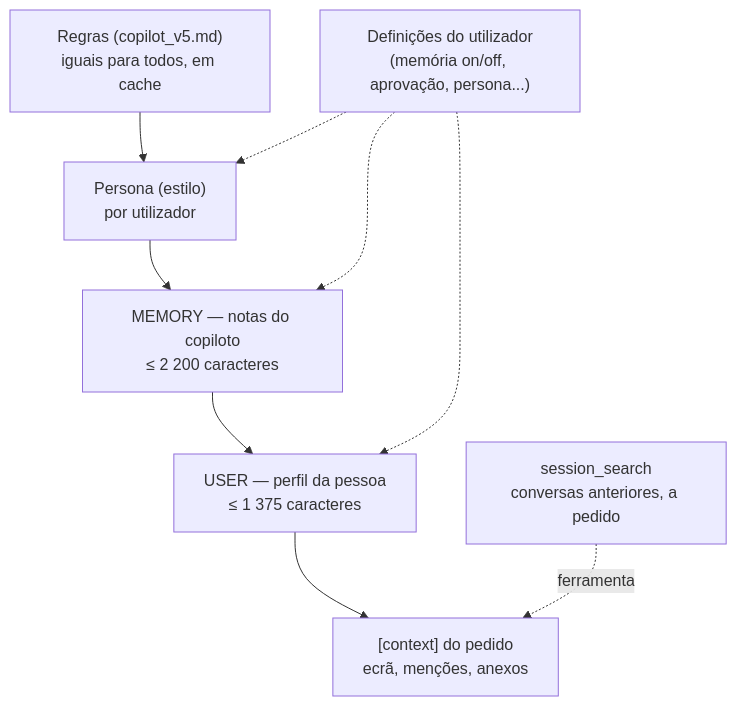
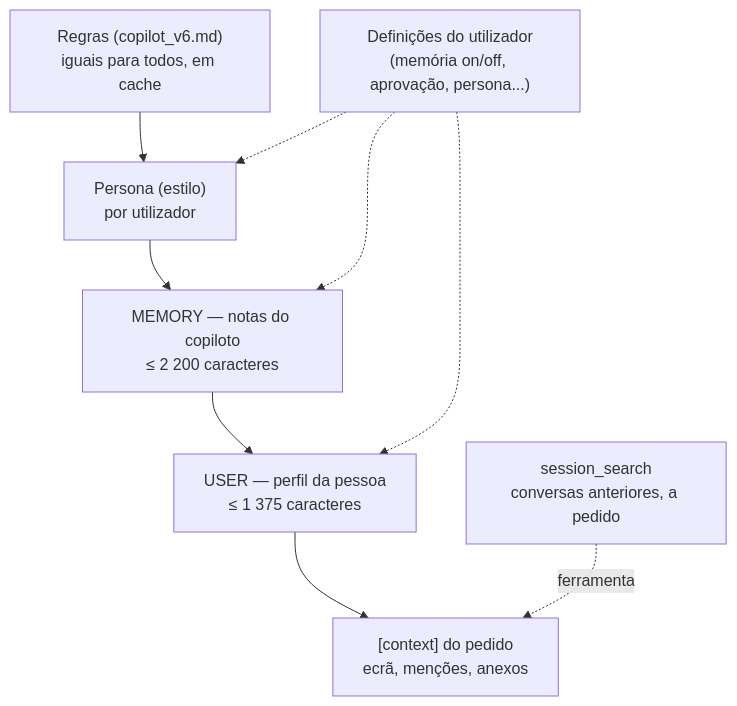
The fifth of 5 diagrams in docs/engenharia/copiloto.md (helderpgoncalves/novelo), drawn with Mermaid before and after one commit. The commit also changed other lines of this file and 55 other files, not shown here.

````diff
--- a/docs/engenharia/copiloto.md
+++ b/docs/engenharia/copiloto.md
@@ -274,14 +274,14 @@
 ```mermaid
 flowchart TB
-    R["Regras (copilot_v5.md)<br/>iguais para todos, em cache"]
+    R["Regras (copilot_v6.md)<br/>iguais para todos, em cache"]
     P["Persona (estilo)<br/>por utilizador"]
     M["MEMORY — notas do copiloto<br/>≤ 2 200 caracteres"]
     U["USER — perfil da pessoa<br/>≤ 1 375 caracteres"]
     S["session_search<br/>conversas anteriores, a pedido"]
     C["[context] do pedido<br/>ecrã, menções, anexos"]
     R --> P --> M --> U --> C
     S -.->|"ferramenta"| C
     D["Definições do utilizador<br/>(memória on/off, aprovação, persona...)"] -.-> P
     D -.-> M
     D -.-> U
 ```
````
